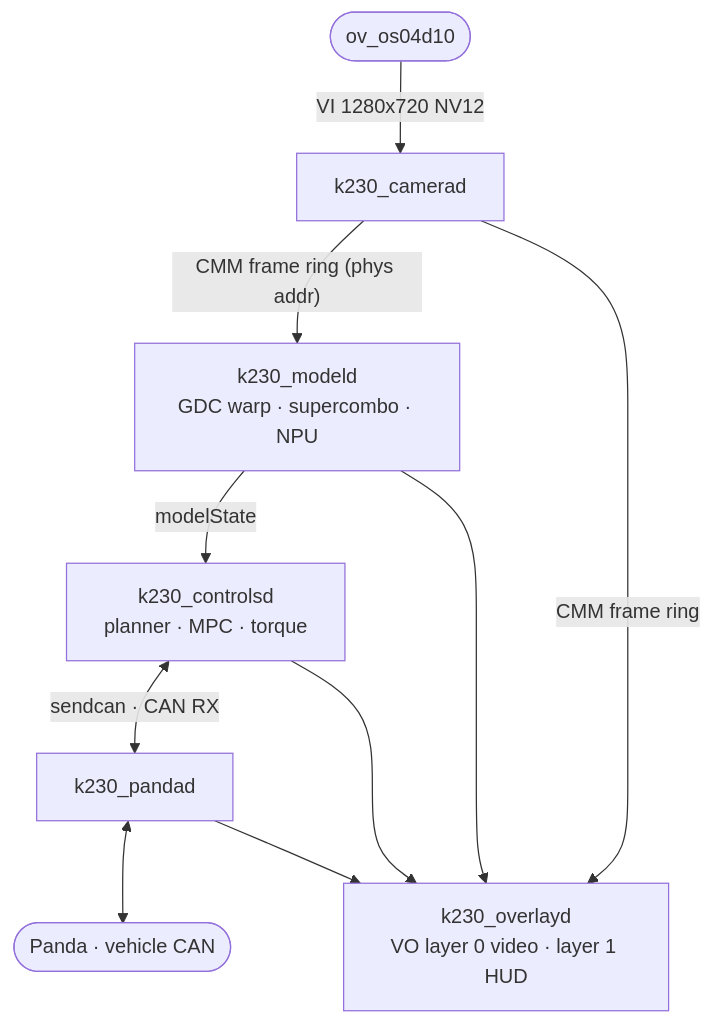
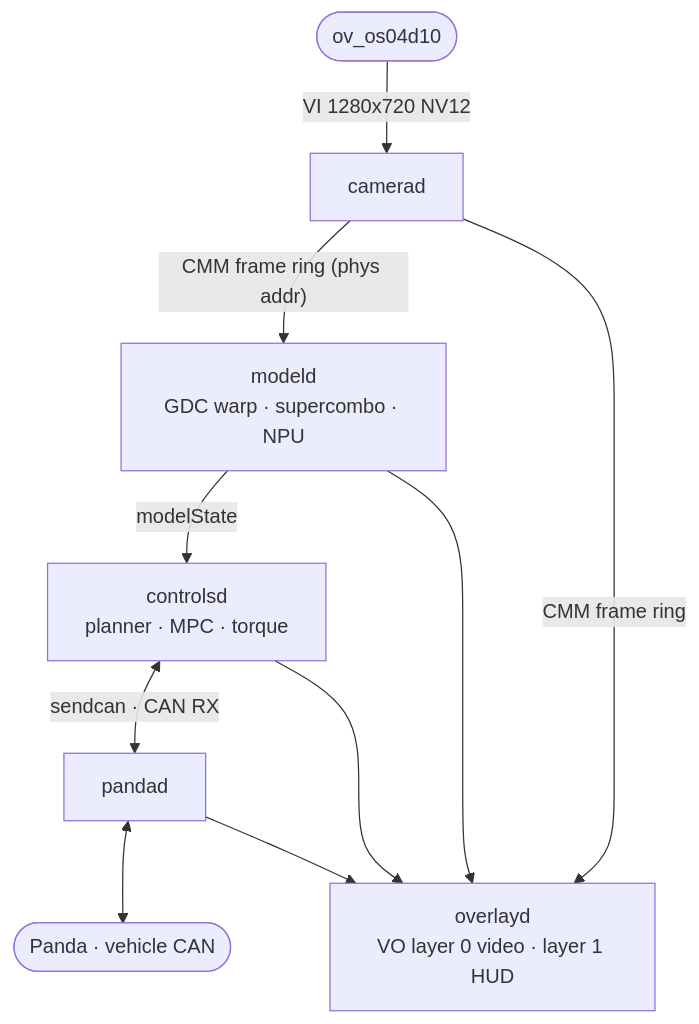
Before and after one commit to Deggory/edgepilot: the diagram in README.md, drawn with Mermaid. The commit also changed other lines of this file and 95 other files, not shown here.

````diff
--- a/README.md
+++ b/README.md
@@ -56,10 +56,10 @@
 ```mermaid
 flowchart TB
-  camera([ov_os04d10]) -->|VI 1280x720 NV12| camerad[k230_camerad]
-  camerad -->|"CMM frame ring (phys addr)"| modeld["k230_modeld<br/>GDC warp · supercombo · NPU"]
-  camerad -->|CMM frame ring| overlayd["k230_overlayd<br/>VO layer 0 video · layer 1 HUD"]
-  modeld -->|modelState| controlsd["k230_controlsd<br/>planner · MPC · torque"]
-  controlsd <-->|"sendcan · CAN RX"| pandad[k230_pandad]
+  camera([ov_os04d10]) -->|VI 1280x720 NV12| camerad[camerad]
+  camerad -->|"CMM frame ring (phys addr)"| modeld["modeld<br/>GDC warp · supercombo · NPU"]
+  camerad -->|CMM frame ring| overlayd["overlayd<br/>VO layer 0 video · layer 1 HUD"]
+  modeld -->|modelState| controlsd["controlsd<br/>planner · MPC · torque"]
+  controlsd <-->|"sendcan · CAN RX"| pandad[pandad]
   pandad <--> panda(["Panda · vehicle CAN"])
   modeld & controlsd & pandad --> overlayd
 ```
````
